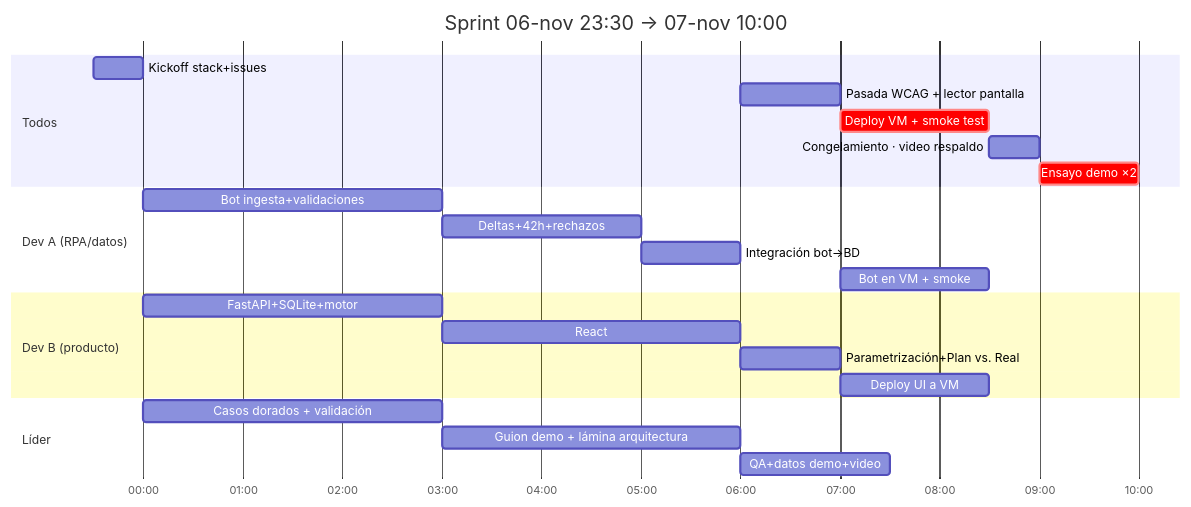
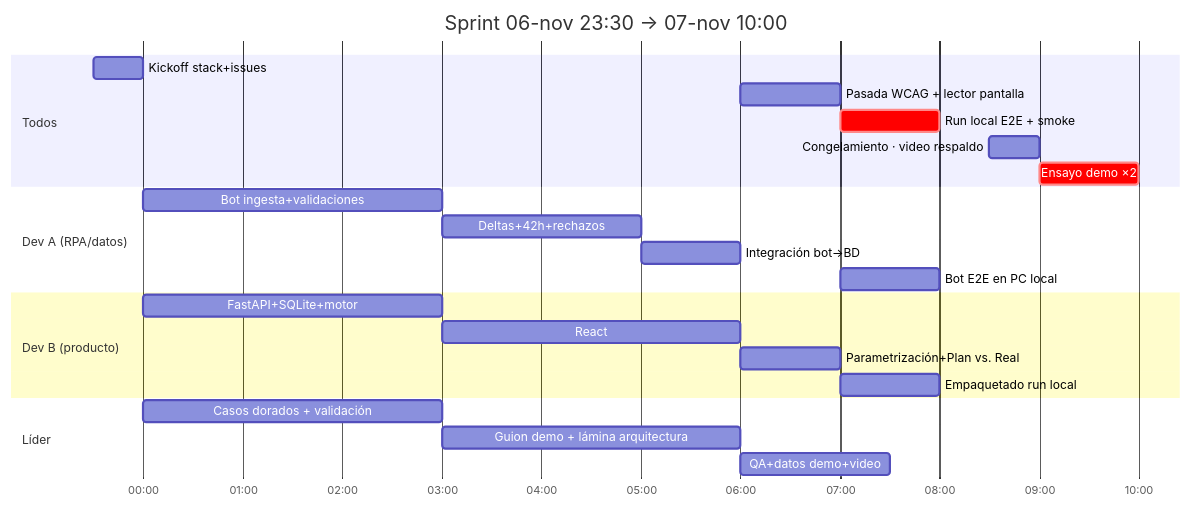
One commit to HackTheWorld-Team/botathon-2026 changed the third of 3 diagrams in README.md. Above: the diagram before and after it, drawn with Mermaid. The commit also changed other lines of this file and 4 other files, not shown here.

Commit message:
docs: AGENTS.md (modo 100% local + doc autonoma), ARCHITECTURE.md (ADR-001..005), AI_USAGE_LOG.md, .gitignore; README al día (D7 v2 sin VM, D10 híbrido)

````diff
--- a/README.md
+++ b/README.md
@@ -383,26 +383,26 @@
 ```mermaid
 gantt
     title Sprint 06-nov 23:30 → 07-nov 10:00
     dateFormat YYYY-MM-DD HH:mm
     axisFormat %H:%M
     section Todos
     Kickoff stack+issues            :k0, 2026-11-06 23:30, 30m
     Pasada WCAG + lector pantalla   :k4, 2026-11-07 06:00, 1h
-    Deploy VM + smoke test          :crit, k7, 2026-11-07 07:00, 90m
+    Run local E2E + smoke           :crit, k7, 2026-11-07 07:00, 1h
     Congelamiento · video respaldo  :k5, 2026-11-07 08:30, 30m
     Ensayo demo ×2                  :crit, k6, 2026-11-07 09:00, 1h
     section Dev A (RPA/datos)
     Bot ingesta+validaciones        :a1, 2026-11-07 00:00, 3h
     Deltas+42h+rechazos             :a2, 2026-11-07 03:00, 2h
     Integración bot→BD              :a3, 2026-11-07 05:00, 1h
-    Bot en VM + smoke               :a4, 2026-11-07 07:00, 90m
+    Bot E2E en PC local             :a4, 2026-11-07 07:00, 1h
     section Dev B (producto)
     FastAPI+SQLite+motor            :b1, 2026-11-07 00:00, 3h
     React: KPIs+filtros             :b2, 2026-11-07 03:00, 3h
     Parametrización+Plan vs. Real   :b3, 2026-11-07 06:00, 1h
-    Deploy UI a VM                  :b4, 2026-11-07 07:00, 90m
+    Empaquetado run local           :b4, 2026-11-07 07:00, 1h
     section Líder
     Casos dorados + validación      :l1, 2026-11-07 00:00, 3h
     Guion demo + lámina arquitectura :l2, 2026-11-07 03:00, 3h
     QA+datos demo+video             :l3, 2026-11-07 06:00, 90m
 ```
````
